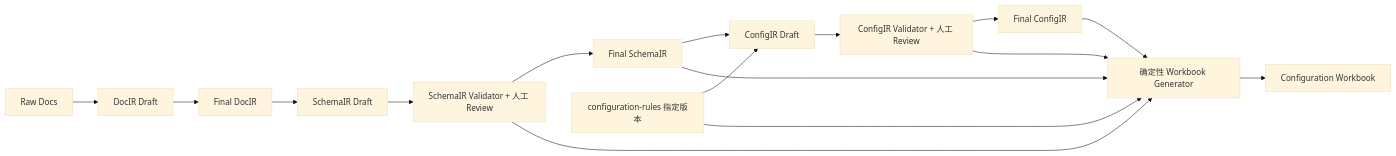
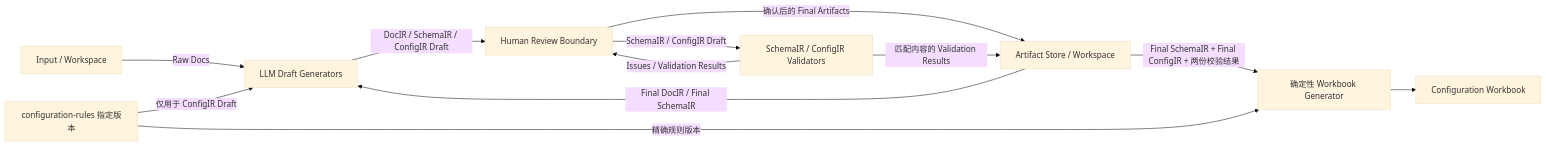
The diagram in docs/design/01-system-overview.md (bank-config-compiler/bank-config-compiler), drawn with Mermaid (base theme) before and after one commit. The commit also changed other lines of this file and 1 other file, not shown here.

Commit message:
docs: 对齐可信流程与系统数据流
由 Requirements 唯一定义 Draft、校验、Review 和重新校验生命周期，并将 System Overview 收敛为组件与 artifact 数据流，避免两张流程图继续漂移。

````diff
--- a/docs/design/01-system-overview.md
+++ b/docs/design/01-system-overview.md
@@ -11,18 +11,17 @@
 ```mermaid
 flowchart LR
-    A["Raw Docs"] --> B["DocIR Draft"]
-    B --> C["Final DocIR"]
-    C --> D["SchemaIR Draft"]
-    D --> E["SchemaIR Validator + 人工 Review"]
-    E --> F["Final SchemaIR"]
-    F --> G["ConfigIR Draft"]
-    R["configuration-rules 指定版本"] --> G
-    G --> H["ConfigIR Validator + 人工 Review"]
-    H --> I["Final ConfigIR"]
-    F --> J["确定性 Workbook Generator"]
-    I --> J
-    E --> J
-    H --> J
-    R --> J
-    J --> K["Configuration Workbook"]
+    I["Input / Workspace"] -->|"Raw Docs"| L["LLM Draft Generators"]
+    A["Artifact Store / Workspace"] -->|"Final DocIR / Final SchemaIR"| L
+    R["configuration-rules 指定版本"] -->|"仅用于 ConfigIR Draft"| L
+
+    L -->|"DocIR / SchemaIR / ConfigIR Draft"| W["Human Review Boundary"]
+    W -->|"SchemaIR / ConfigIR Draft"| V["SchemaIR / ConfigIR Validators"]
+    V -->|"Issues / Validation Results"| W
+
+    W -->|"确认后的 Final Artifacts"| A
+    V -->|"匹配内容的 Validation Results"| A
+
+    A -->|"Final SchemaIR + Final ConfigIR + 两份校验结果"| G["确定性 Workbook Generator"]
+    R -->|"精确规则版本"| G
+    G --> K["Configuration Workbook"]
 ```
````
